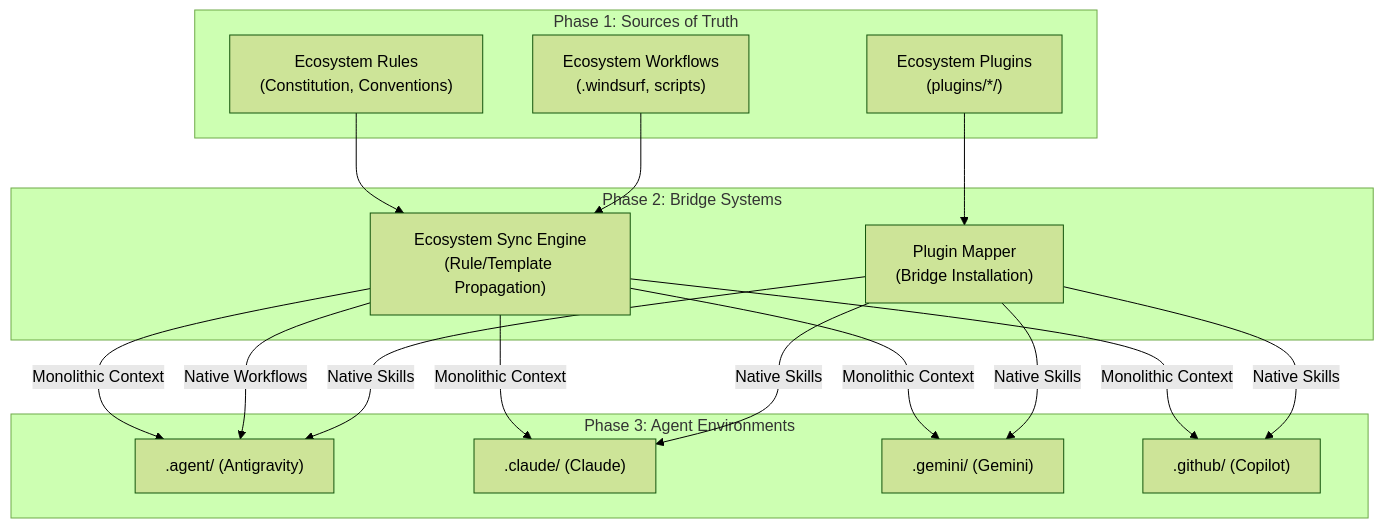
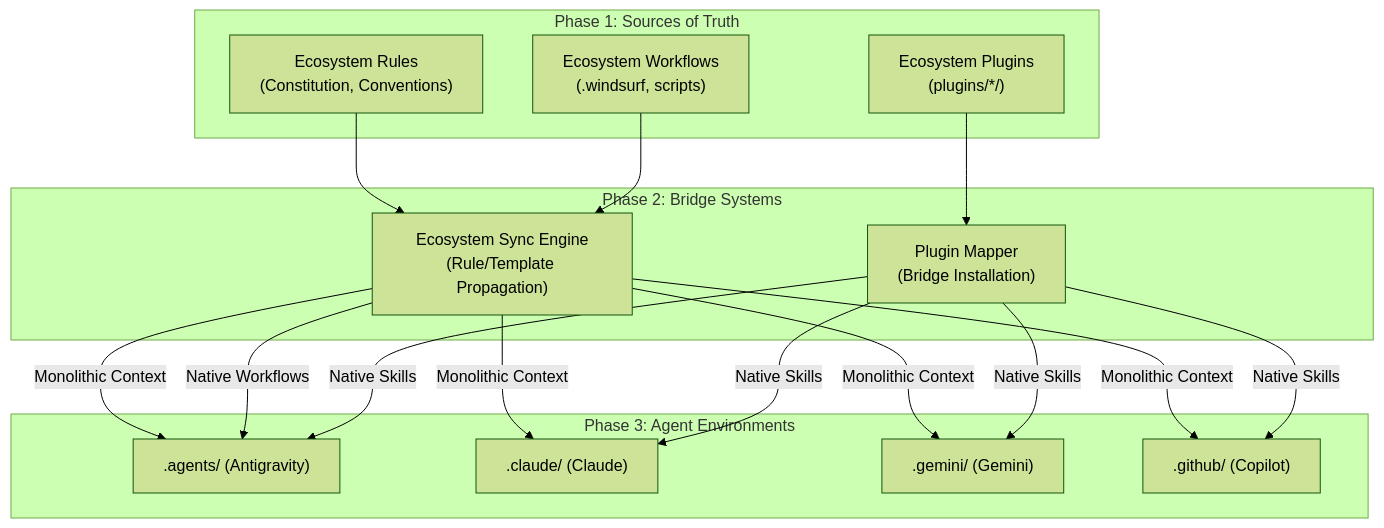
One commit to richfrem/agent-plugins-skills changed the diagram in plugins/plugin-manager/assets/diagrams/ecosystem_system_bridge.mmd. Above: the diagram before and after it, drawn with Mermaid (forest theme). The commit also changed 33 other files, not shown here.

Commit message:
additional symlink fixes and references to .agents vs .agent

```diff
--- a/plugins/plugin-manager/assets/diagrams/ecosystem_system_bridge.mmd
+++ b/plugins/plugin-manager/assets/diagrams/ecosystem_system_bridge.mmd
@@ -1,39 +1,39 @@
 graph TD
     %% Phase 1: Sources
     subgraph Phase1 ["Phase 1: Sources of Truth"]
         P_Rules["Ecosystem Rules<br/>(Constitution, Conventions)"]
         W_Masters["Ecosystem Workflows<br/>(.windsurf, scripts)"]
         Plugins["Ecosystem Plugins<br/>(plugins/*/)"]
     end
 
     %% Phase 2: Bridge Logic
     subgraph Phase2 ["Phase 2: Bridge Systems"]
         BridgeSync["Ecosystem Sync Engine<br/>(Rule/Template Propagation)"]
         BridgeInstall["Plugin Mapper<br/>(Bridge Installation)"]
     end
 
     %% Phase 3: Targets
     subgraph Phase3 ["Phase 3: Agent Environments"]
-        Antigravity[".agent/ (Antigravity)"]
+        Antigravity[".agents/ (Antigravity)"]
         Claude[".claude/ (Claude)"]
         Gemini[".gemini/ (Gemini)"]
         Copilot[".github/ (Copilot)"]
     end
 
     %% Connections
     P_Rules --> BridgeSync
     W_Masters --> BridgeSync
     Plugins --> BridgeInstall
 
     %% BridgeSync Outbound
     BridgeSync -->|"Monolithic Context"| Antigravity
     BridgeSync -->|"Monolithic Context"| Claude
     BridgeSync -->|"Monolithic Context"| Gemini
     BridgeSync -->|"Monolithic Context"| Copilot
     BridgeSync -->|"Native Workflows"| Antigravity
 
     %% BridgeInstall Outbound
     BridgeInstall -->|"Native Skills"| Antigravity
     BridgeInstall -->|"Native Skills"| Claude
     BridgeInstall -->|"Native Skills"| Gemini
     BridgeInstall -->|"Native Skills"| Copilot
```
